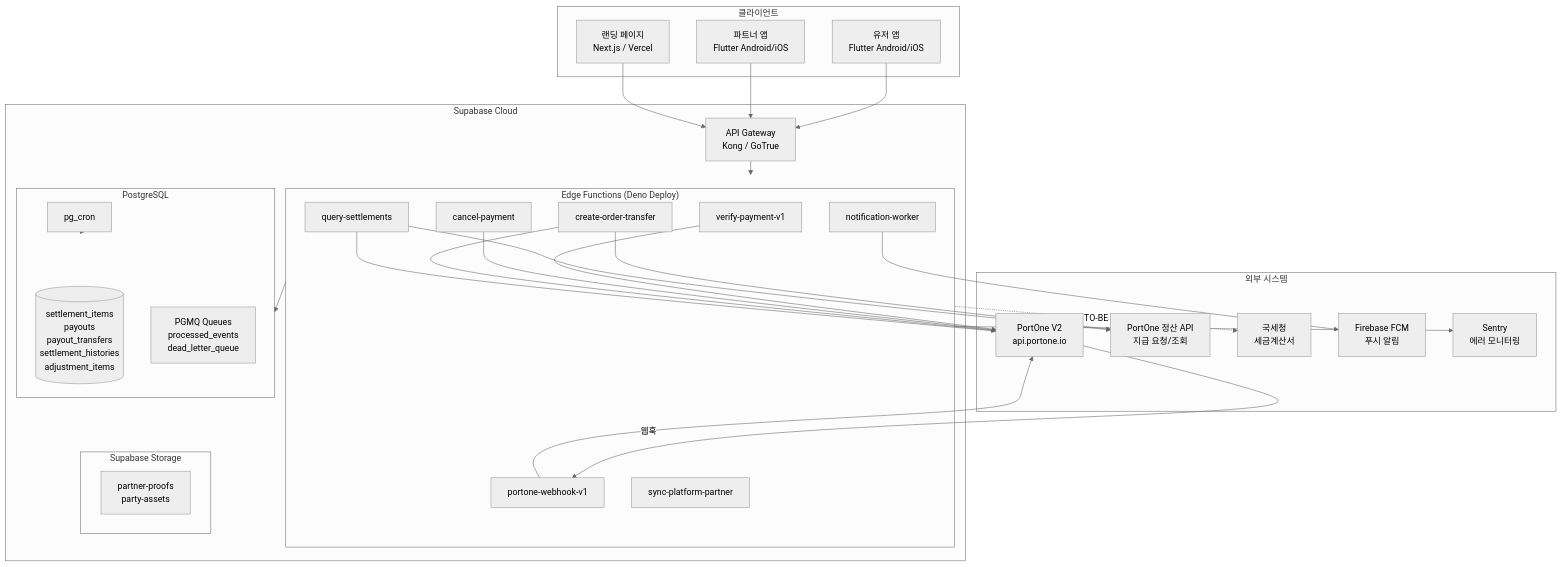
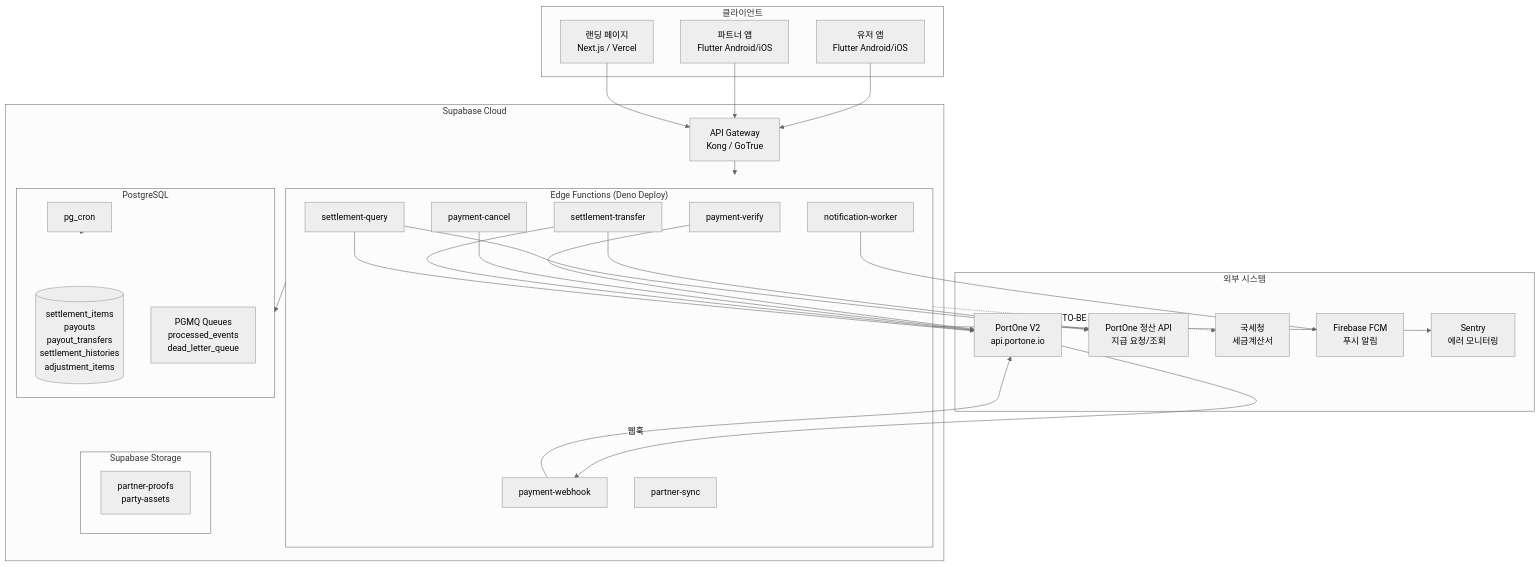
Diagram 12 of 12 in docs/features/partner-settlement/architecture.md (Mark-Yun/minglit), drawn with Mermaid (neutral theme) before and after one commit. The commit also changed other lines of this file and 1 other file, not shown here.

First line of the commit message:
docs(edge-functions): update function names in README and architecture docs

````diff
--- a/docs/features/partner-settlement/architecture.md
+++ b/docs/features/partner-settlement/architecture.md
@@ -683,58 +683,58 @@
 ```mermaid
 flowchart TB
     subgraph Client["클라이언트"]
         UA[유저 앱<br/>Flutter Android/iOS]
         PA[파트너 앱<br/>Flutter Android/iOS]
         WEB[랜딩 페이지<br/>Next.js / Vercel]
     end
 
     subgraph Supabase["Supabase Cloud"]
         GW[API Gateway<br/>Kong / GoTrue]
 
         subgraph Edge["Edge Functions (Deno Deploy)"]
-            VP[verify-payment-v1]
-            WH[portone-webhook-v1]
-            CP[cancel-payment]
-            QS[query-settlements]
-            COT[create-order-transfer]
+            VP[payment-verify]
+            WH[payment-webhook]
+            CP[payment-cancel]
+            QS[settlement-query]
+            COT[settlement-transfer]
             NW[notification-worker]
-            SPP[sync-platform-partner]
+            SPP[partner-sync]
         end
 
         subgraph DB["PostgreSQL"]
             TB[(settlement_items<br/>payouts<br/>payout_transfers<br/>settlement_histories<br/>adjustment_items)]
             CR[pg_cron]
             PGMQ[PGMQ Queues<br/>processed_events<br/>dead_letter_queue]
         end
 
         subgraph Storage["Supabase Storage"]
             BK2[partner-proofs<br/>party-assets]
         end
     end
 
     subgraph External["외부 시스템"]
         PO[PortOne V2<br/>api.portone.io]
         POSA[PortOne 정산 API<br/>지급 요청/조회]
         NTS[국세청<br/>세금계산서]
         FCM2[Firebase FCM<br/>푸시 알림]
         SEN[Sentry<br/>에러 모니터링]
     end
 
     UA & PA --> GW
     WEB --> GW
     GW --> Edge
     Edge --> DB
     CR --> DB
 
     VP & WH & CP --> PO
     COT --> PO
     QS --> PO
     NW --> FCM2
     Edge --> SEN
 
     PO -->|웹훅| WH
 
     COT --> POSA
     QS --> POSA
     Edge -.->|TO-BE| NTS
 ```
````
